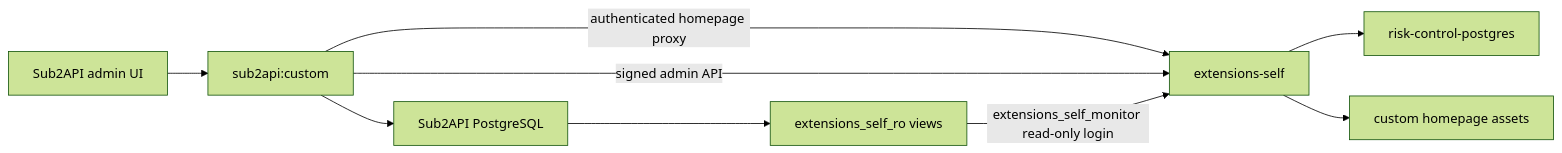
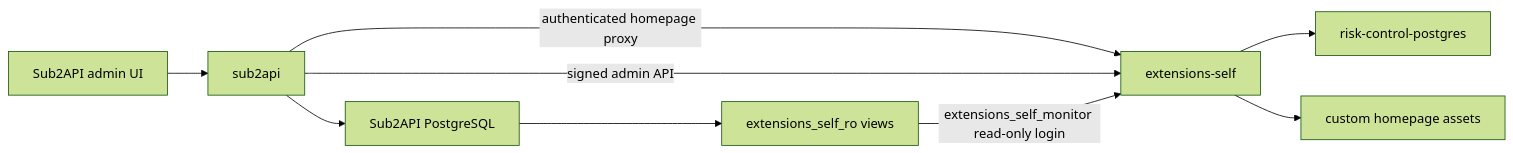
The diagram in docs/EXTENSIONS-SELF-ARCHITECTURE.md (ListenCodes/sub2api), drawn with Mermaid (forest theme) before and after one commit. The commit also changed other lines of this file and 11 other files, not shown here.

````diff
--- a/docs/EXTENSIONS-SELF-ARCHITECTURE.md
+++ b/docs/EXTENSIONS-SELF-ARCHITECTURE.md
@@ -5,11 +5,11 @@
 ```mermaid
 flowchart LR
-  UI["Sub2API admin UI"] --> MAIN["sub2api:custom"]
+  UI["Sub2API admin UI"] --> MAIN["sub2api"]
   MAIN -->|"authenticated homepage proxy"| EXT["extensions-self"]
   MAIN -->|"signed admin API"| EXT
   MAIN --> PG["Sub2API PostgreSQL"]
   PG --> VIEWS["extensions_self_ro views"]
   VIEWS -->|"extensions_self_monitor read-only login"| EXT
   EXT --> RISKDB["risk-control-postgres"]
   EXT --> HOME["custom homepage assets"]
 ```
````
